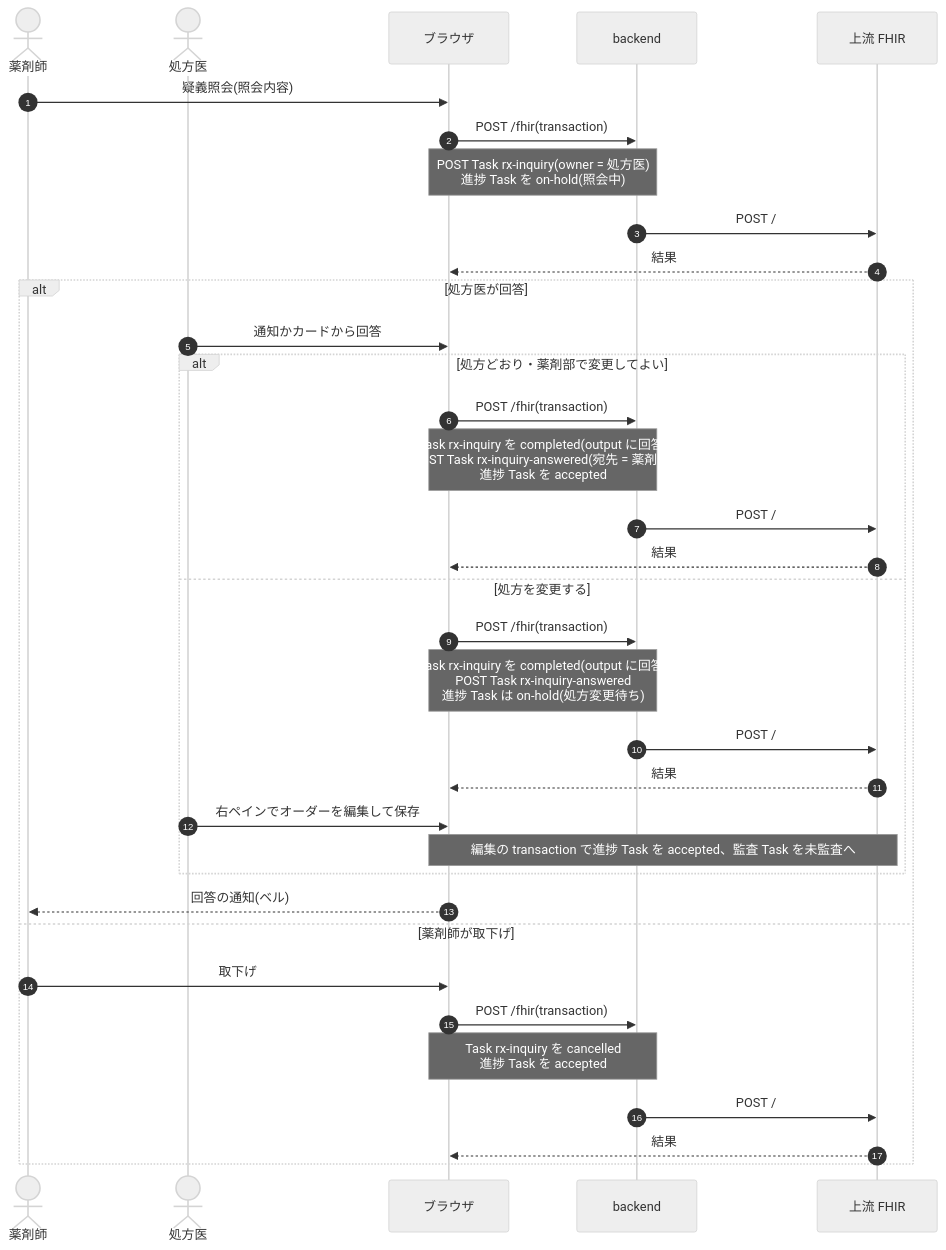
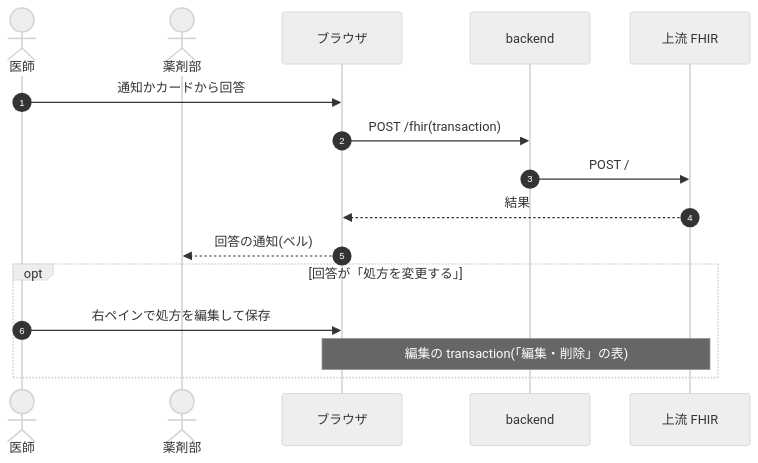
One commit to ysnr-dev/fhir-client-docs changed the ninth of 12 diagrams in docs/dev/prescription.md. Above: the diagram before and after it, drawn with Mermaid (neutral theme). The commit also changed other lines of this file and 43 other files, not shown here.

Commit message:
docs: 業務フローとシーケンス図を写し直し

````diff
--- a/docs/dev/prescription.md
+++ b/docs/dev/prescription.md
@@ -188,38 +329,19 @@
 ```mermaid
 sequenceDiagram
   autonumber
-  actor Ph as 薬剤師
-  actor Dr as 処方医
+  actor Dr as 医師
+  actor Ph as 薬剤部
   participant UI as ブラウザ
   participant BE as backend
   participant FHIR as 上流 FHIR
 
-  Ph->>UI: 疑義照会(照会内容)
+  Dr->>UI: 通知かカードから回答
   UI->>BE: POST /fhir(transaction)
-  Note over UI,BE: POST Task rx-inquiry(owner = 処方医)<br/>進捗 Task を on-hold(照会中)
   BE->>FHIR: POST /
   FHIR-->>UI: 結果
-  alt 処方医が回答
-    Dr->>UI: 通知かカードから回答
-    alt 処方どおり・薬剤部で変更してよい
-      UI->>BE: POST /fhir(transaction)
-      Note over UI,BE: Task rx-inquiry を completed(output に回答)<br/>POST Task rx-inquiry-answered(宛先 = 薬剤師)<br/>進捗 Task を accepted
-      BE->>FHIR: POST /
-      FHIR-->>UI: 結果
-    else 処方を変更する
-      UI->>BE: POST /fhir(transaction)
-      Note over UI,BE: Task rx-inquiry を completed(output に回答)<br/>POST Task rx-inquiry-answered<br/>進捗 Task は on-hold(処方変更待ち)
-      BE->>FHIR: POST /
-      FHIR-->>UI: 結果
-      Dr->>UI: 右ペインでオーダーを編集して保存
-      Note over UI,FHIR: 編集の transaction で進捗 Task を accepted、監査 Task を未監査へ
-    end
-    UI-->>Ph: 回答の通知(ベル)
-  else 薬剤師が取下げ
-    Ph->>UI: 取下げ
-    UI->>BE: POST /fhir(transaction)
-    Note over UI,BE: Task rx-inquiry を cancelled<br/>進捗 Task を accepted
-    BE->>FHIR: POST /
-    FHIR-->>UI: 結果
+  UI-->>Ph: 回答の通知(ベル)
+  opt 回答が「処方を変更する」
+    Dr->>UI: 右ペインで処方を編集して保存
+    Note over UI,FHIR: 編集の transaction(「編集・削除」の表)
   end
 ```
````
